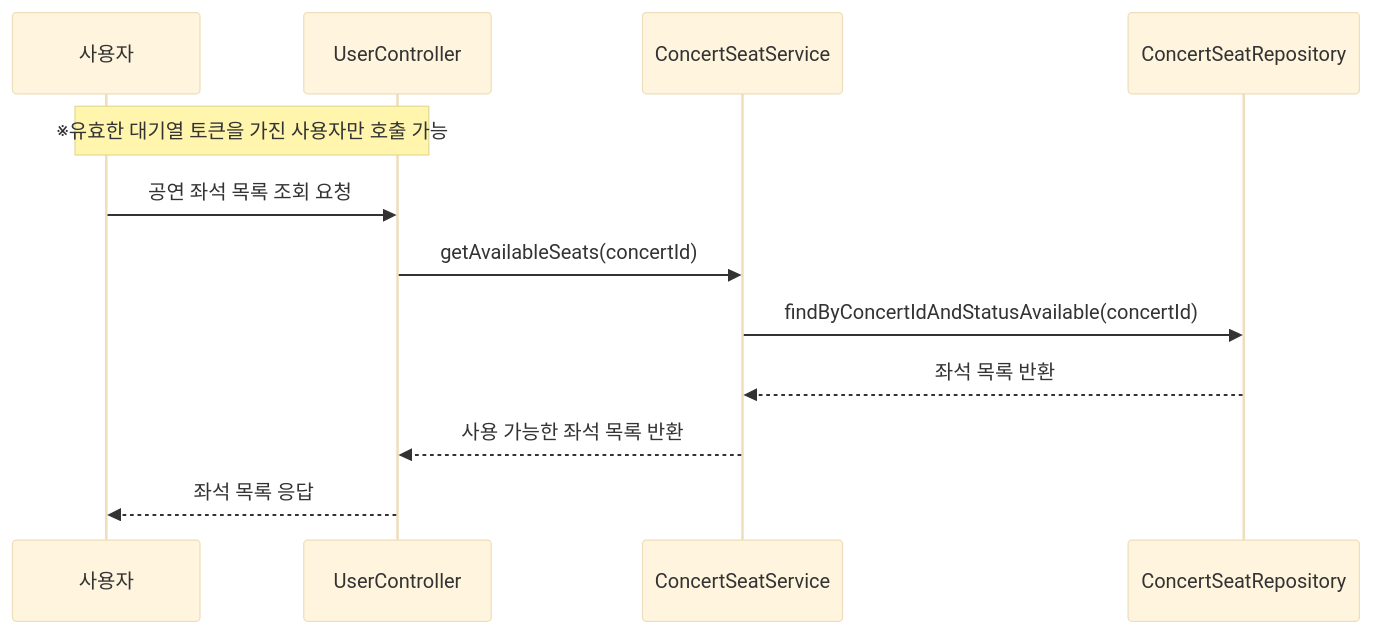
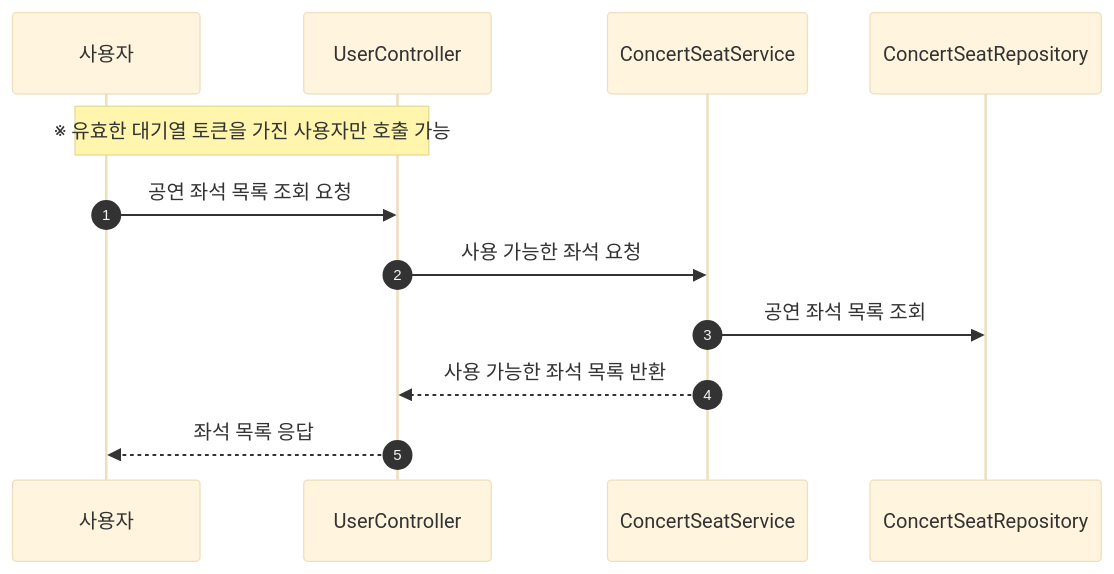
The third of 8 diagrams in docs/SEQUENCE.md (uuununew/concert-system), drawn with Mermaid (base theme) before and after one commit. The commit also changed other lines of this file, not shown here.

Commit message:
시퀀스 다이어그램 추가

````diff
--- a/docs/SEQUENCE.md
+++ b/docs/SEQUENCE.md
@@ -78,18 +83,16 @@
 ```mermaid
 sequenceDiagram
+    autonumber
     participant 사용자
     participant UserController
     participant ConcertSeatService
     participant ConcertSeatRepository
 
-    note over 사용자, UserController: ※유효한 대기열 토큰을 가진 사용자만 호출 가능
+    note over 사용자, UserController: ※ 유효한 대기열 토큰을 가진 사용자만 호출 가능
 
-    사용자->>UserController: 공연 좌석 목록 조회 요청
-    UserController->>ConcertSeatService: getAvailableSeats(concertId)
-
-    ConcertSeatService->>ConcertSeatRepository: findByConcertIdAndStatusAvailable(concertId)
-    ConcertSeatRepository-->>ConcertSeatService: 좌석 목록 반환
-
-    ConcertSeatService-->>UserController: 사용 가능한 좌석 목록 반환
-    UserController-->>사용자: 좌석 목록 응답
+    사용자 ->> UserController: 공연 좌석 목록 조회 요청
+    UserController ->> ConcertSeatService: 사용 가능한 좌석 요청
+    ConcertSeatService ->> ConcertSeatRepository: 공연 좌석 목록 조회
+    ConcertSeatService -->> UserController: 사용 가능한 좌석 목록 반환
+    UserController -->> 사용자: 좌석 목록 응답
 ```
````
